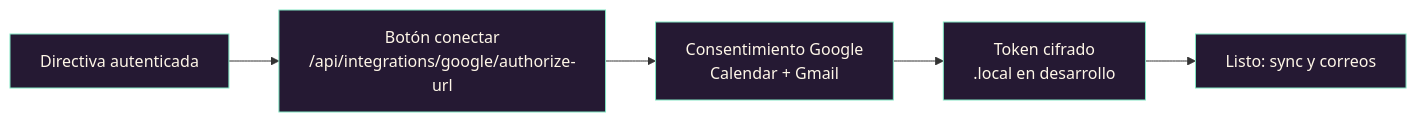
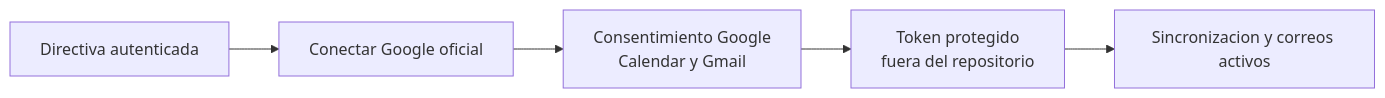
One commit to JackStar6677-1/CCAACalendar changed diagram 11 of 16 in README.md. Above: the diagram before and after it, drawn with Mermaid. The commit also changed other lines of this file, not shown here.

Commit message:
docs: corrige diagramas y actualiza estado del piloto

````diff
--- a/README.md
+++ b/README.md
@@ -254,10 +129,7 @@
 ```mermaid
-flowchart LR
-    S[Directiva autenticada] --> L["Botón conectar\n/api/integrations/google/authorize-url"]
-    L --> O[Consentimiento Google\nCalendar + Gmail]
-    O --> T[Token cifrado\n.local en desarrollo]
-    T --> U[Listo: sync y correos]
-
-    classDef step fill:#251933,stroke:#81e6c3,color:#fff7e8
-    class S,L,O,T,U step
+graph LR
+    S["Directiva autenticada"] --> L["Conectar Google oficial"]
+    L --> O["Consentimiento Google<br/>Calendar y Gmail"]
+    O --> T["Token protegido<br/>fuera del repositorio"]
+    T --> U["Sincronizacion y correos activos"]
 ```
````
